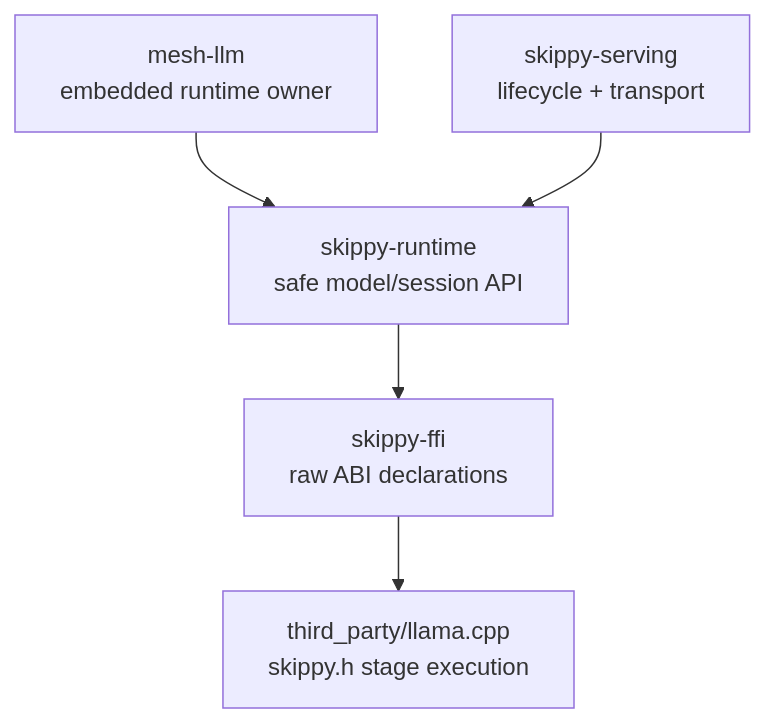
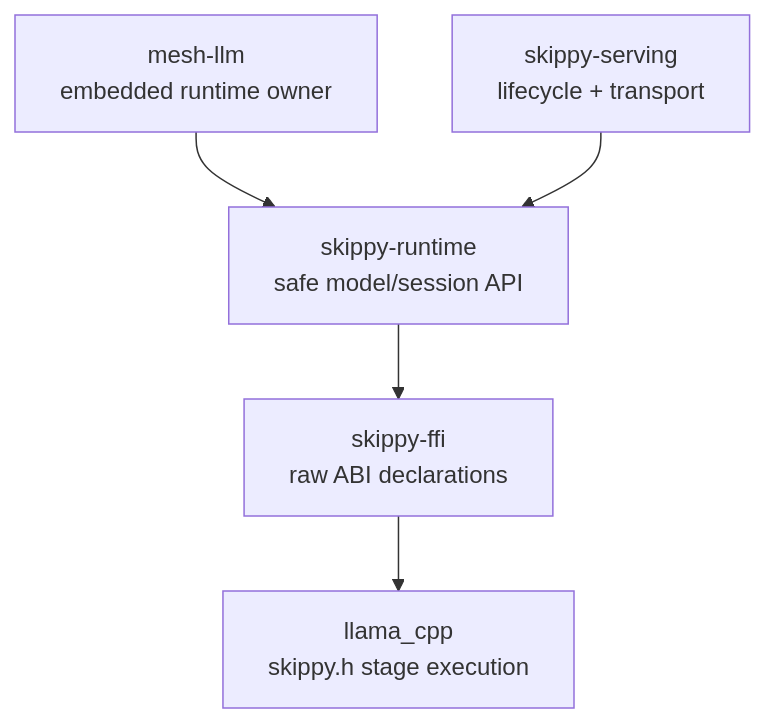
One commit to 76287298092/mesh-llm changed the first of 2 diagrams in skippy/crates/skippy-ffi/README.md. Above: the diagram before and after it, drawn with Mermaid. The commit also changed other lines of this file and 199 other files, not shown here.

Commit message:
build(skippy): move llama.cpp recipe to skippy/llama_cpp

````diff
--- a/skippy/crates/skippy-ffi/README.md
+++ b/skippy/crates/skippy-ffi/README.md
@@ -24,7 +24,7 @@
 ```mermaid
 flowchart TB
     Mesh["mesh-llm<br/>embedded runtime owner"] --> Runtime
     Server["skippy-serving<br/>lifecycle + transport"] --> Runtime["skippy-runtime<br/>safe model/session API"]
     Runtime --> FFI["skippy-ffi<br/>raw ABI declarations"]
-    FFI --> Llama["third_party/llama.cpp<br/>skippy.h stage execution"]
+    FFI --> Llama["llama_cpp<br/>skippy.h stage execution"]
 ```
````
